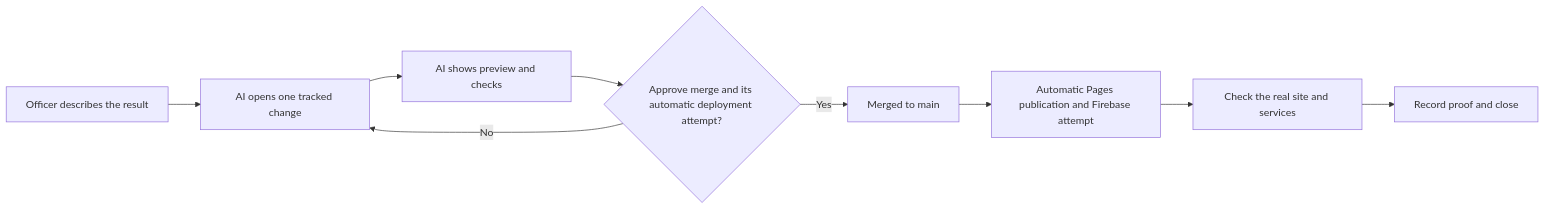
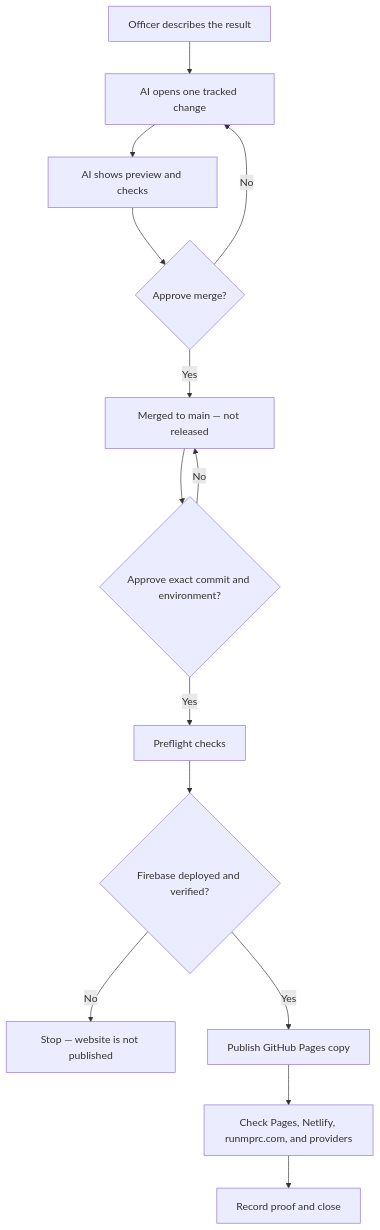
Before and after one commit to Run-MPRC/Run-MPRC.github.io: the diagram in docs/officers/README.md, drawn with Mermaid. The commit also changed other lines of this file and 22 other files, not shown here.

````diff
--- a/docs/officers/README.md
+++ b/docs/officers/README.md
@@ -9,11 +9,16 @@
 ```mermaid
-flowchart LR
+flowchart TD
     A["Officer describes the result"] --> B["AI opens one tracked change"]
     B --> C["AI shows preview and checks"]
-    C --> D{"Approve merge and its automatic deployment attempt?"}
+    C --> D{"Approve merge?"}
     D -- "No" --> B
-    D -- "Yes" --> E["Merged to main"]
-    E --> P["Automatic Pages publication and Firebase attempt"]
-    P --> F["Check the real site and services"]
+    D -- "Yes" --> E["Merged to main — not released"]
+    E --> R{"Approve exact commit and environment?"}
+    R -- "No" --> E
+    R -- "Yes" --> P["Preflight checks"]
+    P --> H{"Firebase deployed and verified?"}
+    H -- "No" --> S["Stop — website is not published"]
+    H -- "Yes" --> W["Publish GitHub Pages copy"]
+    W --> F["Check Pages, Netlify, runmprc.com, and providers"]
     F --> G["Record proof and close"]
 ```
````
